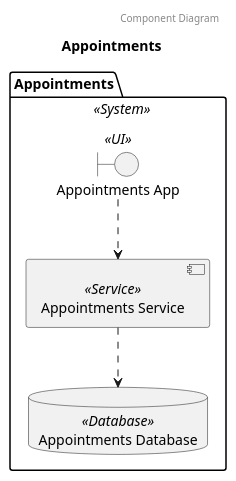
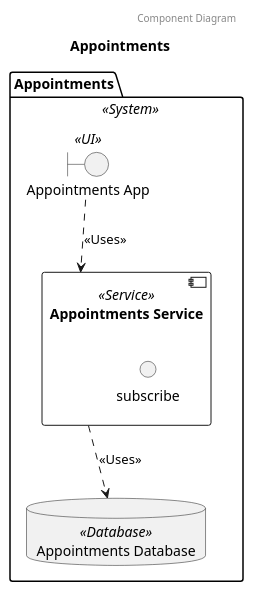
Before and after one commit to garrettsutula/example-trellis-project: the third of 3 diagrams in diagrams/systems/Appointments.puml, drawn with PlantUML. The commit also changed other lines of this file and 29 other files, not shown here.

Commit message:
Update deps, diagram examples

```diff
--- a/diagrams/systems/Appointments.puml
+++ b/diagrams/systems/Appointments.puml
@@ -32,11 +33,13 @@
 @startuml Component Diagram Appointments
 header Component Diagram
 title Appointments
 package "Appointments" as Appointments_package <<System>>{
-	boundary "Appointments App" as Appointments_App <<UI>>
-	component "Appointments Service" as Appointments_Service <<Service>>
-	database "Appointments Database" as Appointments_Database <<Database>>
+	boundary "Appointments App" as Appointments_Appointments_App <<UI>>
+	component "Appointments Service" as Appointments_Appointments_Service <<Service>> {
+		interface "subscribe" as subscribe
+	}
+	database "Appointments Database" as Appointments_Appointments_Database <<Database>>
 }
-	Appointments_App .down-> Appointments_Service
-	Appointments_Service .down-> Appointments_Database
+	Appointments_Appointments_App .down-> Appointments_Appointments_Service: <<Uses>>
+	Appointments_Appointments_Service .down-> Appointments_Appointments_Database: <<Uses>>
 @enduml
```
